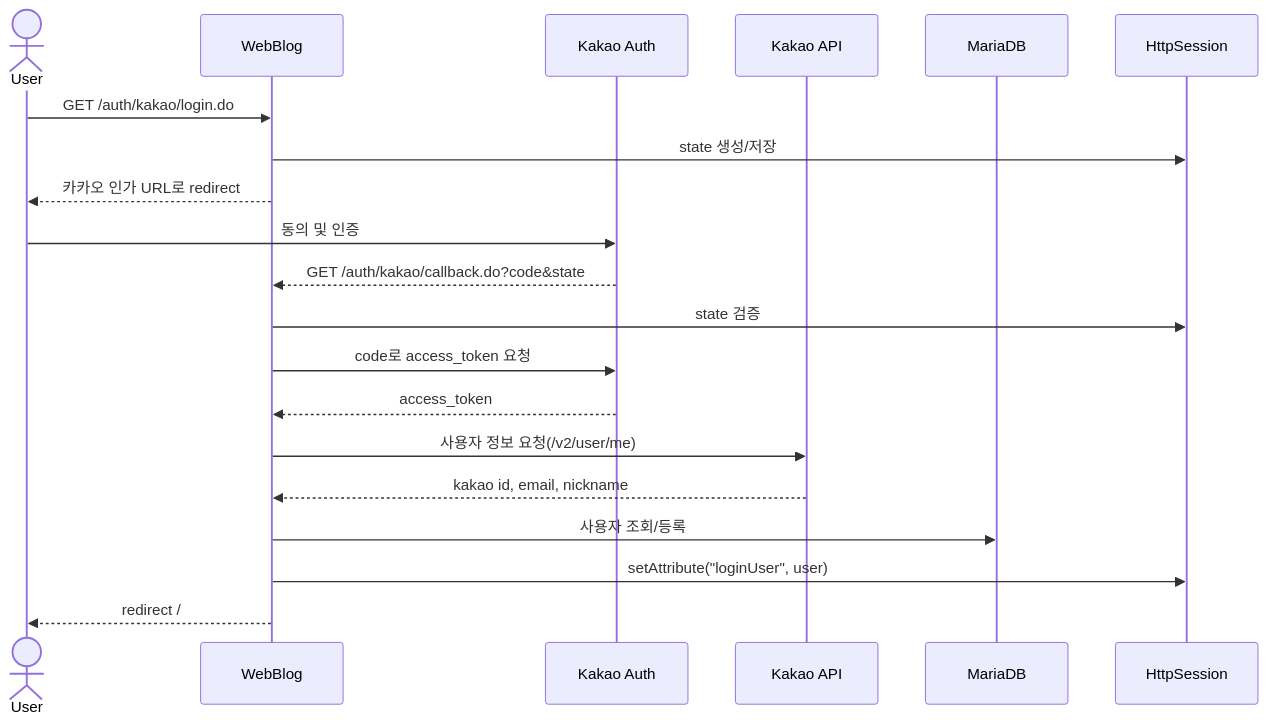
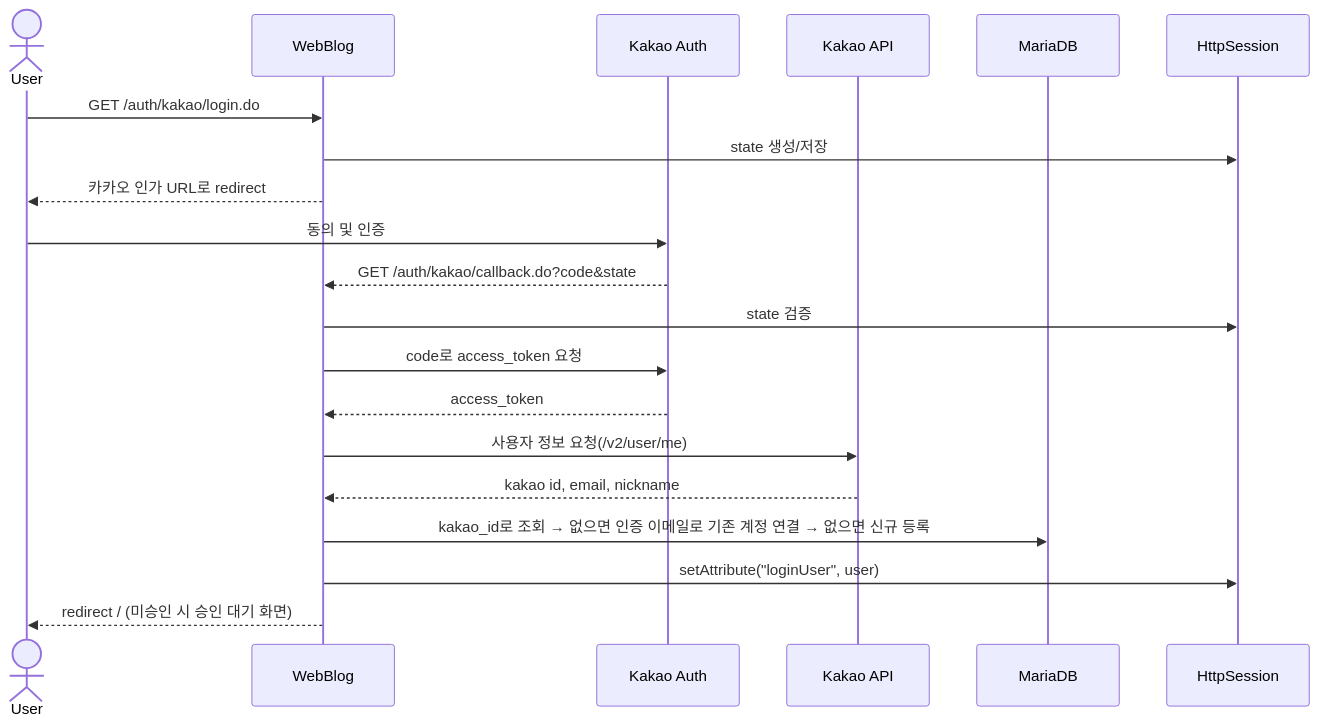
One commit to Chan-pj/WebBlog changed the third of 4 diagrams in webblog/README.md. Above: the diagram before and after it, drawn with Mermaid. The commit also changed other lines of this file, not shown here.

````diff
--- a/webblog/README.md
+++ b/webblog/README.md
@@ -877,23 +884,23 @@
 ```mermaid
 sequenceDiagram
     actor U as User
     participant App as WebBlog
     participant KAuth as Kakao Auth
     participant KApi as Kakao API
     participant DB as MariaDB
     participant SS as HttpSession
 
     U->>App: GET /auth/kakao/login.do
     App->>SS: state 생성/저장
     App-->>U: 카카오 인가 URL로 redirect
     U->>KAuth: 동의 및 인증
     KAuth-->>App: GET /auth/kakao/callback.do?code&state
     App->>SS: state 검증
     App->>KAuth: code로 access_token 요청
     KAuth-->>App: access_token
     App->>KApi: 사용자 정보 요청(/v2/user/me)
     KApi-->>App: kakao id, email, nickname
-    App->>DB: 사용자 조회/등록
+    App->>DB: kakao_id로 조회 → 없으면 인증 이메일로 기존 계정 연결 → 없으면 신규 등록
     App->>SS: setAttribute("loginUser", user)
-    App-->>U: redirect /
+    App-->>U: redirect / (미승인 시 승인 대기 화면)
 ```
````
